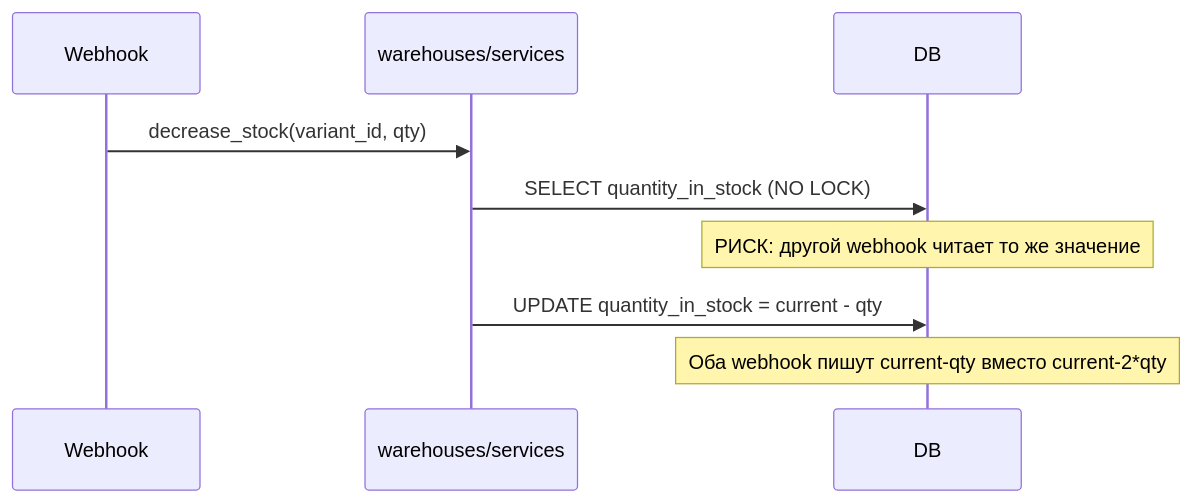
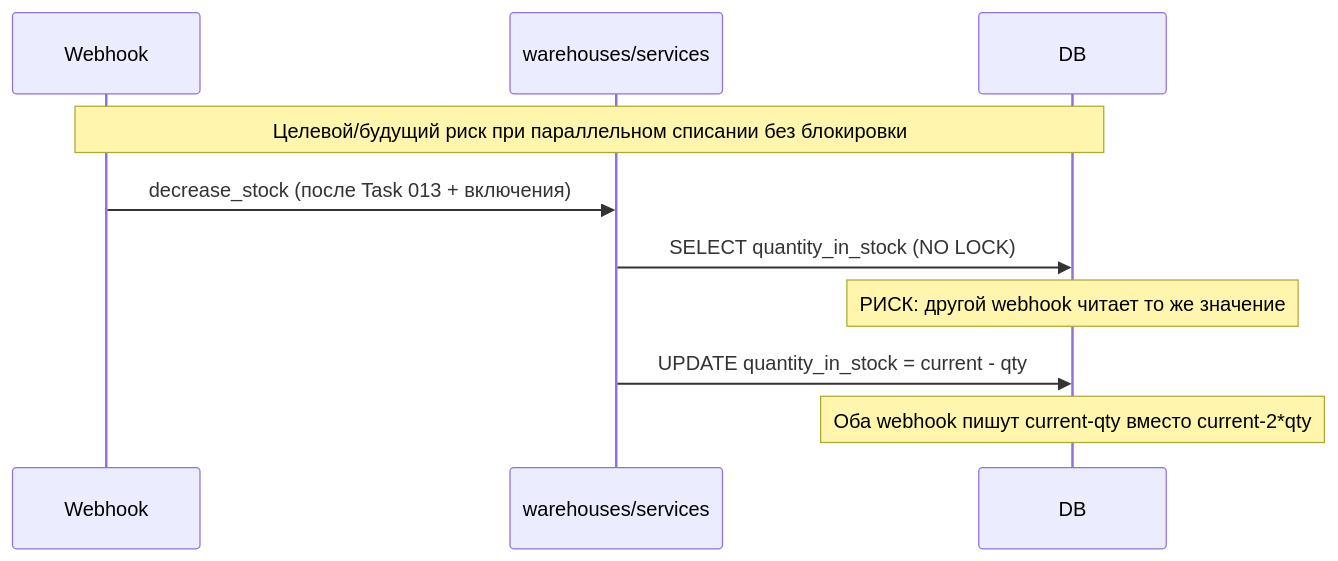
Before and after one commit to pavelchamgl/reli.one: the diagram in docs/tasks/009-db-model-improvements/task.md, drawn with Mermaid. The commit also changed other lines of this file and 2 other files, not shown here.

First line of the commit message:
docs: document stock baseline and Task 013 reservation flow

````diff
--- a/docs/tasks/009-db-model-improvements/task.md
+++ b/docs/tasks/009-db-model-improvements/task.md
@@ -72,12 +75,13 @@
 ```mermaid
 sequenceDiagram
     participant Webhook
     participant WH as warehouses/services
     participant DB
 
-    Webhook->>WH: decrease_stock(variant_id, qty)
+    Note over Webhook,DB: Целевой/будущий риск при параллельном списании без блокировки
+    Webhook->>WH: decrease_stock (после Task 013 + включения)
     WH->>DB: SELECT quantity_in_stock (NO LOCK)
     Note over DB: РИСК: другой webhook читает то же значение
     WH->>DB: UPDATE quantity_in_stock = current - qty
     Note over DB: Оба webhook пишут current-qty вместо current-2*qty
 ```
````
